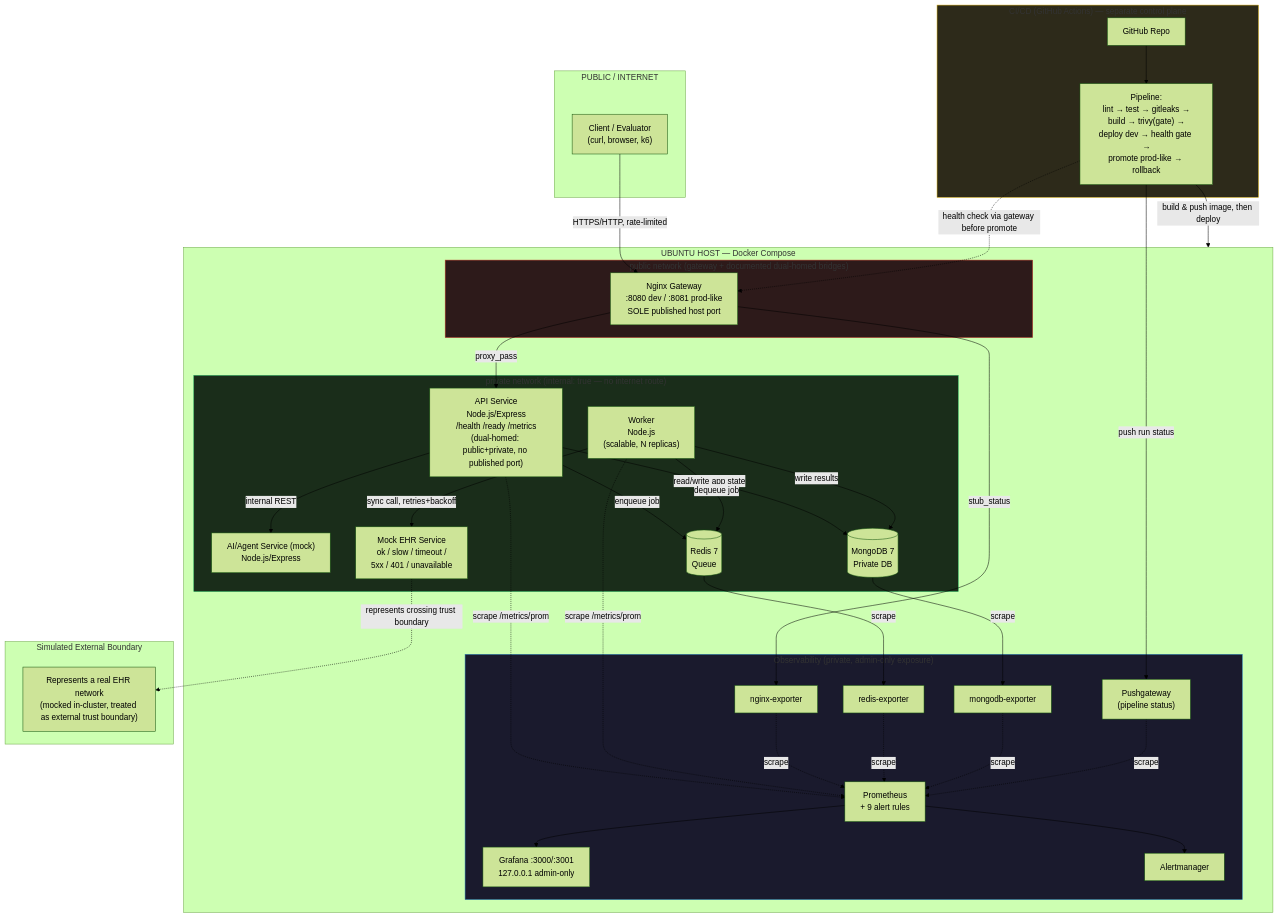
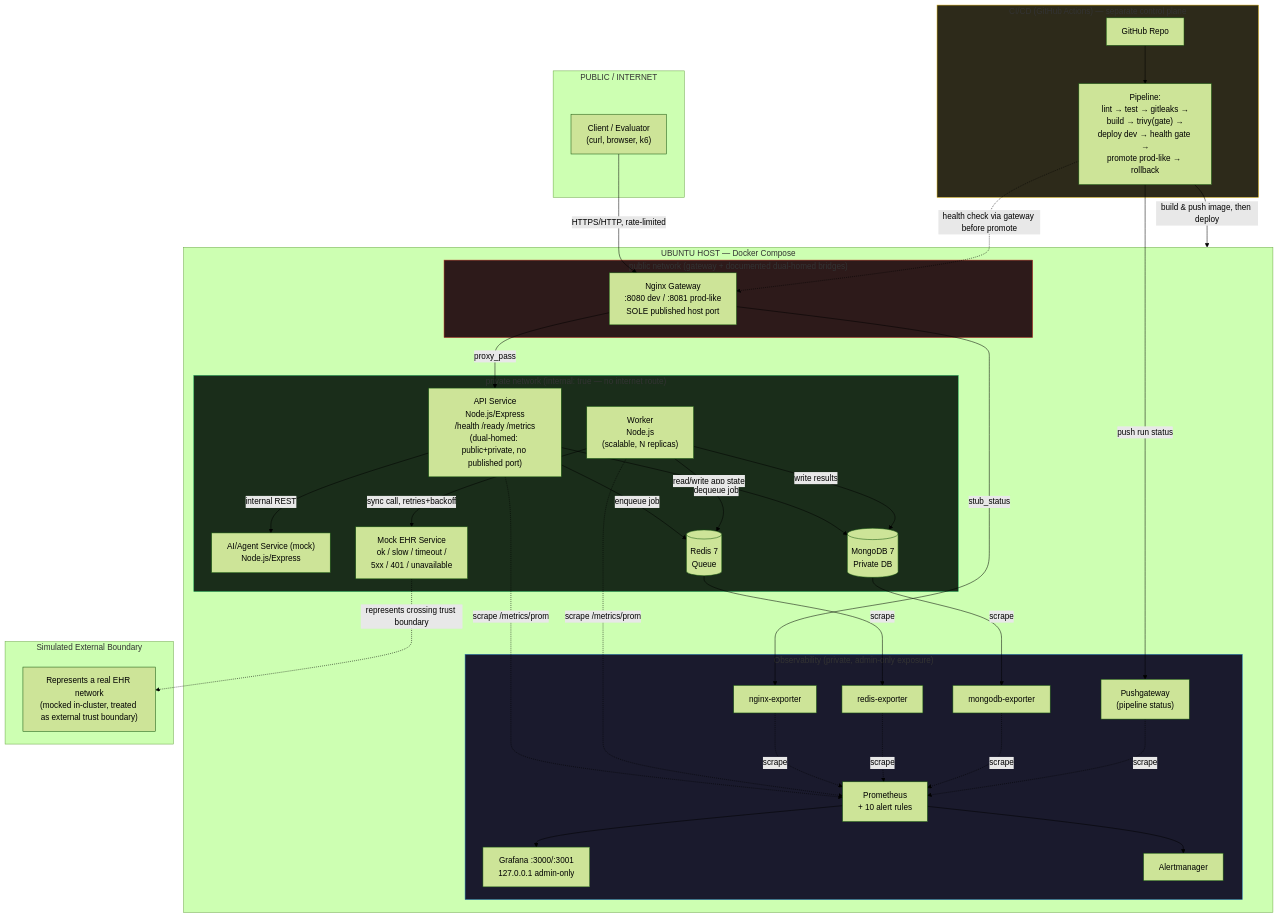
Before and after one commit to viggu777/ai-healthcare-cloud-infra-simulation: the first of 2 diagrams in docs/TARGET_ARCHITECTURE.md, drawn with Mermaid (forest theme). The commit also changed other lines of this file and 7 other files, not shown here.

````diff
--- a/docs/TARGET_ARCHITECTURE.md
+++ b/docs/TARGET_ARCHITECTURE.md
@@ -45,65 +45,65 @@
 ```mermaid
 flowchart TB
     subgraph INTERNET["PUBLIC / INTERNET"]
         CLIENT["Client / Evaluator<br/>(curl, browser, k6)"]
     end
 
     subgraph DEVOPS["CI/CD (GitHub Actions) — separate control plane"]
         GH["GitHub Repo"] --> PIPE["Pipeline:<br/>lint → test → gitleaks →<br/>build → trivy(gate) →<br/>deploy dev → health gate →<br/>promote prod-like → rollback"]
     end
 
     subgraph HOST["UBUNTU HOST — Docker Compose"]
     subgraph PUBNET["public network (gateway + documented dual-homed bridges)"]
         NGINX["Nginx Gateway<br/>:8080 dev / :8081 prod-like<br/>SOLE published host port"]
     end
 
     subgraph PRIVNET["private network (internal: true — no internet route)"]
         API["API Service<br/>Node.js/Express<br/>/health /ready /metrics<br/>(dual-homed: public+private, no published port)"]
             AI["AI/Agent Service (mock)<br/>Node.js/Express"]
             WORKER["Worker<br/>Node.js<br/>(scalable, N replicas)"]
             REDIS[("Redis 7<br/>Queue")]
             MONGO[("MongoDB 7<br/>Private DB")]
             EHR["Mock EHR Service<br/>ok / slow / timeout /<br/>5xx / 401 / unavailable"]
         end
 
         subgraph OBS["Observability (private, admin-only exposure)"]
-            PROM["Prometheus<br/>+ 9 alert rules"]
+            PROM["Prometheus<br/>+ 10 alert rules"]
             GRAF["Grafana :3000/:3001<br/>127.0.0.1 admin-only"]
             AM["Alertmanager"]
             PG["Pushgateway<br/>(pipeline status)"]
             REXP["redis-exporter"]
             MEXP["mongodb-exporter"]
             NEXP["nginx-exporter"]
         end
     end
 
     subgraph EXT["Simulated External Boundary"]
         EHRNOTE["Represents a real EHR network<br/>(mocked in-cluster, treated as external trust boundary)"]
     end
 
     CLIENT -->|HTTPS/HTTP, rate-limited| NGINX
     NGINX -->|proxy_pass| API
     API -->|internal REST| AI
     API -->|enqueue job| REDIS
     API -->|read/write app state| MONGO
     WORKER -->|dequeue job| REDIS
     WORKER -->|write results| MONGO
     WORKER -->|sync call, retries+backoff| EHR
     EHR -.->|represents crossing trust boundary| EHRNOTE
     API -.->|scrape /metrics/prom| PROM
     WORKER -.->|scrape /metrics/prom| PROM
     NGINX -->|stub_status| NEXP -.->|scrape| PROM
     REDIS -->|scrape| REXP -.->|scrape| PROM
     MONGO -->|scrape| MEXP -.->|scrape| PROM
     PIPE -->|push run status| PG -.->|scrape| PROM
     PROM --> AM
     PROM --> GRAF
 
     PIPE -->|build & push image, then deploy| HOST
     PIPE -.->|health check via gateway before promote| NGINX
 
     style PUBNET fill:#2d1a1a,stroke:#c0392b
     style PRIVNET fill:#1a2d1a,stroke:#27ae60
     style OBS fill:#1a1a2d,stroke:#2980b9
     style DEVOPS fill:#2d2a1a,stroke:#d4ac0d
 ```
````
